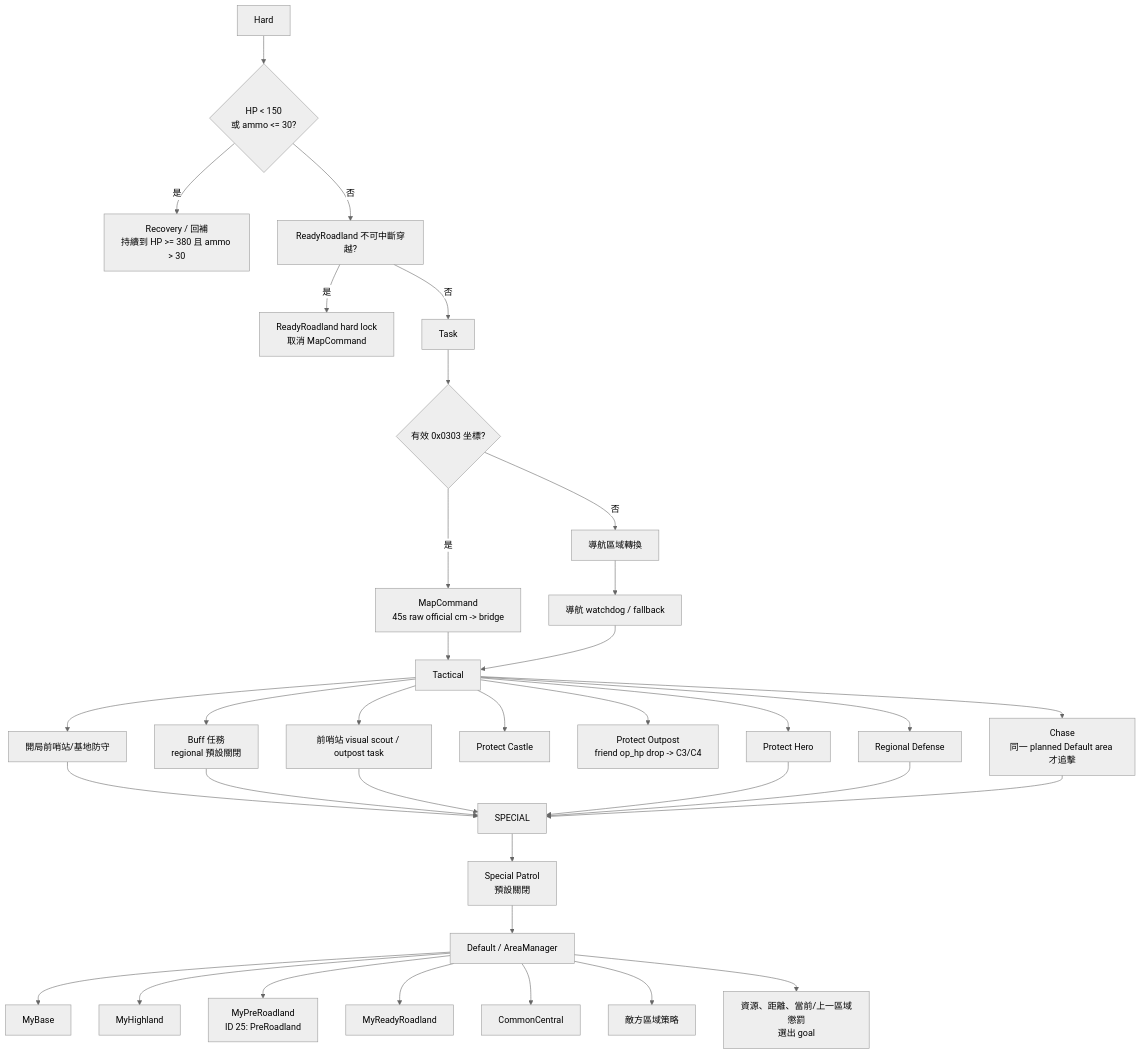
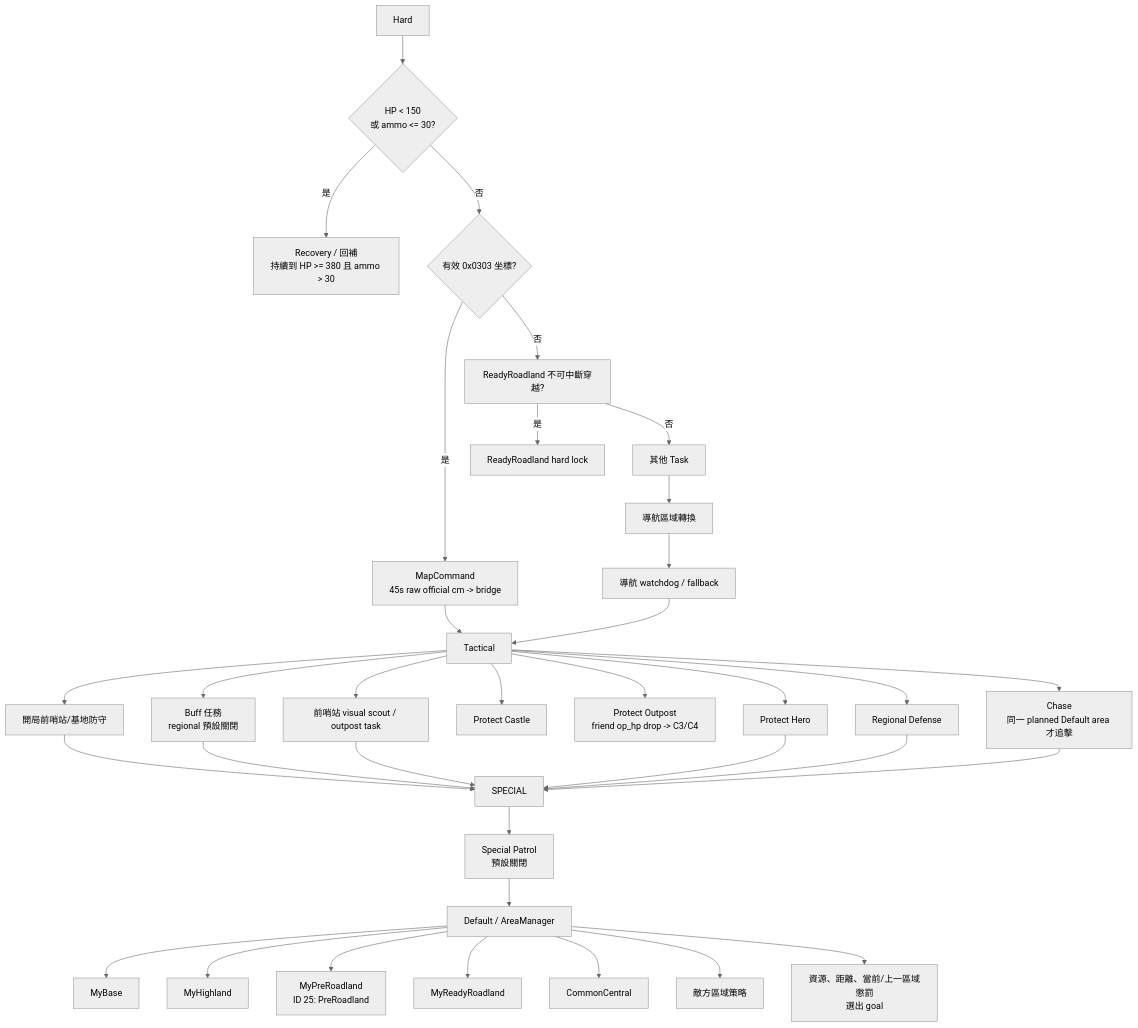
One commit to UnWanHin/ros2_ly_ws_sentary changed the second of 6 diagrams in docs/sentry/regional/2026-07-12_regional_decision_graph.md. Above: the diagram before and after it, drawn with Mermaid (neutral theme). The commit also changed other lines of this file and 5 other files, not shown here.

First line of the commit message:
behavior_tree: prioritize map command navigation

````diff
--- a/docs/sentry/regional/2026-07-12_regional_decision_graph.md
+++ b/docs/sentry/regional/2026-07-12_regional_decision_graph.md
@@ -37,42 +37,42 @@
 ```mermaid
 flowchart TD
   HARD[Hard] --> RECOVERY{HP < 150\n或 ammo <= 30?}
   RECOVERY -->|是| HOME[Recovery / 回補\n持續到 HP >= 380 且 ammo > 30]
-  RECOVERY -->|否| READY_LOCK[ReadyRoadland 不可中斷穿越?]
-  READY_LOCK -->|是| READY[ReadyRoadland hard lock\n取消 MapCommand]
-  READY_LOCK -->|否| TASK[Task]
+  RECOVERY -->|否| MAP_PREEMPT{有效 0x0303 坐標?}
+  MAP_PREEMPT -->|是| MAP_GOAL[MapCommand\n45s raw official cm -> bridge]
+  MAP_PREEMPT -->|否| READY_LOCK[ReadyRoadland 不可中斷穿越?]
+  READY_LOCK -->|是| READY[ReadyRoadland hard lock]
+  READY_LOCK -->|否| TASK[其他 Task]
 
-  TASK --> MAP_CMD{有效 0x0303 坐標?}
-  MAP_CMD -->|是| MAP_GOAL[MapCommand\n45s raw official cm -> bridge]
-  MAP_CMD -->|否| AREA_TRANSITION[導航區域轉換]
+  TASK --> AREA_TRANSITION[導航區域轉換]
   AREA_TRANSITION --> NAV_WATCHDOG[導航 watchdog / fallback]
   MAP_GOAL --> TACTICAL
   NAV_WATCHDOG --> TACTICAL
 
   TACTICAL[Tactical] --> OPENING[開局前哨站/基地防守]
   TACTICAL --> BUFF[Buff 任務\nregional 預設關閉]
   TACTICAL --> OUTPOST[前哨站 visual scout / outpost task]
   TACTICAL --> CASTLE[Protect Castle]
   TACTICAL --> OUTPOST_DEF[Protect Outpost\nfriend op_hp drop -> C3/C4]
   TACTICAL --> HERO[Protect Hero]
   TACTICAL --> REG_DEF[Regional Defense]
   TACTICAL --> CHASE[Chase\n同一 planned Default area 才追擊]
 
   OPENING --> SPECIAL
   BUFF --> SPECIAL
   OUTPOST --> SPECIAL
   HERO --> SPECIAL
   REG_DEF --> SPECIAL
   CHASE --> SPECIAL
 
   SPECIAL --> PATROL[Special Patrol\n預設關閉]
   PATROL --> DEFAULT
 
   DEFAULT[Default / AreaManager] --> MY_BASE[MyBase]
   DEFAULT --> MY_HIGH[MyHighland]
   DEFAULT --> MY_PRE[MyPreRoadland\nID 25: PreRoadland]
   DEFAULT --> MY_ROAD[MyReadyRoadland]
   DEFAULT --> CENTRAL[CommonCentral]
   DEFAULT --> ENEMY_AREA[敵方區域策略]
   DEFAULT --> SCORE[資源、距離、當前/上一區域懲罰\n選出 goal]
 ```
````
